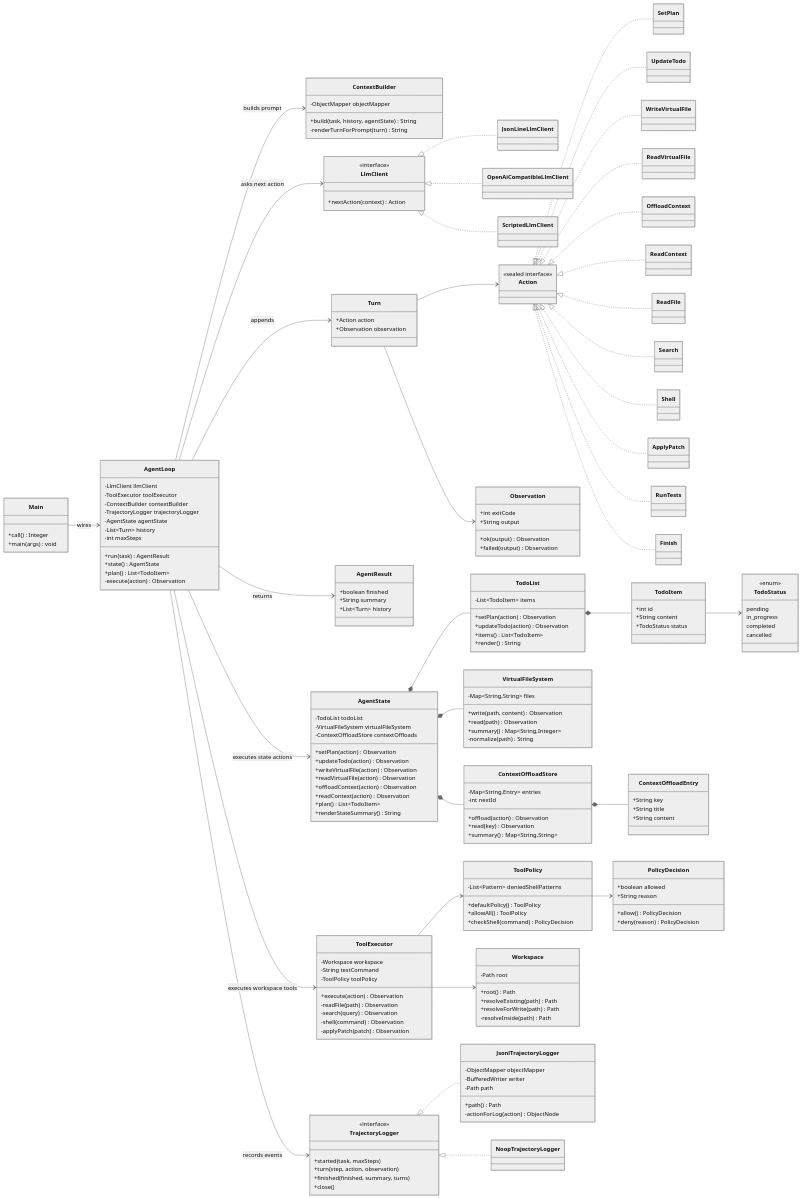
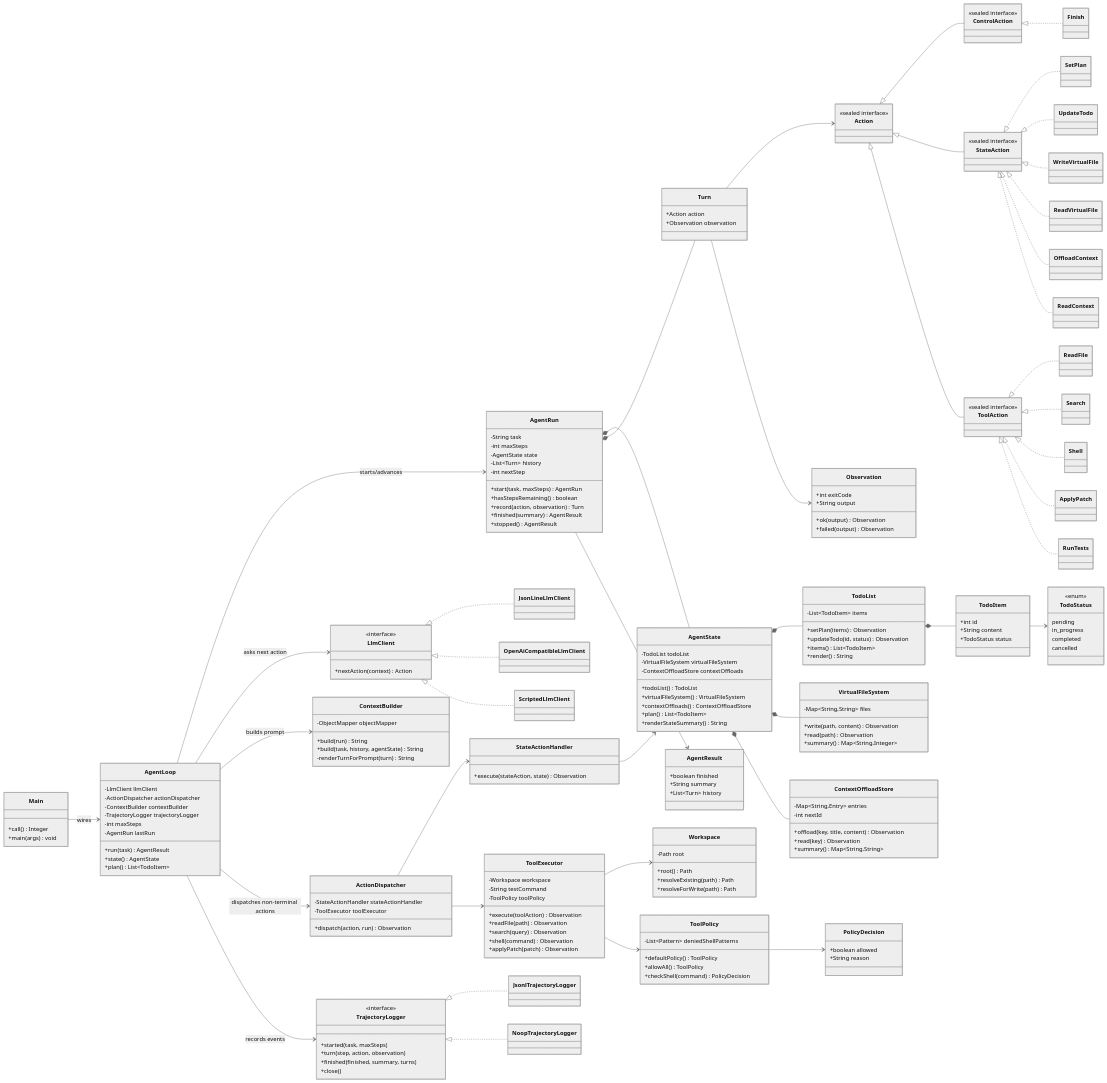
One commit to seasonsolt/sac-agent4j changed the diagram in docs/CLASS_DIAGRAM.md. Above: the diagram before and after it, drawn with Mermaid (neutral theme). The commit also changed other lines of this file and 12 other files, not shown here.

Commit message:
Refine OO agent loop architecture

```diff
--- a/docs/CLASS_DIAGRAM.md
+++ b/docs/CLASS_DIAGRAM.md
@@ -15,20 +15,42 @@
 
     class AgentLoop {
       -LlmClient llmClient
-      -ToolExecutor toolExecutor
+      -ActionDispatcher actionDispatcher
       -ContextBuilder contextBuilder
       -TrajectoryLogger trajectoryLogger
-      -AgentState agentState
-      -List~Turn~ history
       -int maxSteps
+      -AgentRun lastRun
       +run(task) AgentResult
       +state() AgentState
       +plan() List~TodoItem~
-      -execute(action) Observation
+    }
+
+    class AgentRun {
+      -String task
+      -int maxSteps
+      -AgentState state
+      -List~Turn~ history
+      -int nextStep
+      +start(task, maxSteps) AgentRun
+      +hasStepsRemaining() boolean
+      +record(action, observation) Turn
+      +finished(summary) AgentResult
+      +stopped() AgentResult
+    }
+
+    class ActionDispatcher {
+      -StateActionHandler stateActionHandler
+      -ToolExecutor toolExecutor
+      +dispatch(action, run) Observation
+    }
+
+    class StateActionHandler {
+      +execute(stateAction, state) Observation
     }
 
     class ContextBuilder {
       -ObjectMapper objectMapper
+      +build(run) String
       +build(task, history, agentState) String
       -renderTurnForPrompt(turn) String
     }
@@ -43,6 +65,18 @@
     class ScriptedLlmClient
 
     class Action {
+      <<sealed interface>>
+    }
+
+    class ControlAction {
+      <<sealed interface>>
+    }
+
+    class StateAction {
+      <<sealed interface>>
+    }
+
+    class ToolAction {
       <<sealed interface>>
     }
 
@@ -81,20 +115,17 @@
       -TodoList todoList
       -VirtualFileSystem virtualFileSystem
       -ContextOffloadStore contextOffloads
-      +setPlan(action) Observation
-      +updateTodo(action) Observation
-      +writeVirtualFile(action) Observation
-      +readVirtualFile(action) Observation
-      +offloadContext(action) Observation
-      +readContext(action) Observation
+      +todoList() TodoList
+      +virtualFileSystem() VirtualFileSystem
+      +contextOffloads() ContextOffloadStore
       +plan() List~TodoItem~
       +renderStateSummary() String
     }
 
     class TodoList {
       -List~TodoItem~ items
-      +setPlan(action) Observation
-      +updateTodo(action) Observation
+      +setPlan(items) Observation
+      +updateTodo(id, status) Observation
       +items() List~TodoItem~
       +render() String
     }
@@ -118,32 +149,25 @@
       +write(path, content) Observation
       +read(path) Observation
       +summary() Map~String,Integer~
-      -normalize(path) String
     }
 
     class ContextOffloadStore {
       -Map~String,Entry~ entries
       -int nextId
-      +offload(action) Observation
+      +offload(key, title, content) Observation
       +read(key) Observation
       +summary() Map~String,String~
-    }
-
-    class ContextOffloadEntry {
-      +String key
-      +String title
-      +String content
     }
 
     class ToolExecutor {
       -Workspace workspace
       -String testCommand
       -ToolPolicy toolPolicy
-      +execute(action) Observation
-      -readFile(path) Observation
-      -search(query) Observation
-      -shell(command) Observation
-      -applyPatch(patch) Observation
+      +execute(toolAction) Observation
+      +readFile(path) Observation
+      +search(query) Observation
+      +shell(command) Observation
+      +applyPatch(patch) Observation
     }
 
     class ToolPolicy {
@@ -156,8 +180,6 @@
     class PolicyDecision {
       +boolean allowed
       +String reason
-      +allow() PolicyDecision
-      +deny(reason) PolicyDecision
     }
 
     class Workspace {
@@ -165,7 +187,6 @@
       +root() Path
       +resolveExisting(path) Path
       +resolveForWrite(path) Path
-      -resolveInside(path) Path
     }
 
     class TrajectoryLogger {
@@ -176,41 +197,43 @@
       +close()
     }
 
-    class JsonlTrajectoryLogger {
-      -ObjectMapper objectMapper
-      -BufferedWriter writer
-      -Path path
-      +path() Path
-      -actionForLog(action) ObjectNode
-    }
-
+    class JsonlTrajectoryLogger
     class NoopTrajectoryLogger
 
     Main --> AgentLoop : wires
+    AgentLoop --> AgentRun : starts/advances
     AgentLoop --> LlmClient : asks next action
     AgentLoop --> ContextBuilder : builds prompt
-    AgentLoop --> ToolExecutor : executes workspace tools
-    AgentLoop --> AgentState : executes state actions
+    AgentLoop --> ActionDispatcher : dispatches non-terminal actions
     AgentLoop --> TrajectoryLogger : records events
-    AgentLoop --> Turn : appends
-    AgentLoop --> AgentResult : returns
+
+    AgentRun *-- AgentState
+    AgentRun *-- Turn
+    AgentRun --> AgentResult
+
+    ActionDispatcher --> StateActionHandler
+    ActionDispatcher --> ToolExecutor
+    StateActionHandler --> AgentState
 
     LlmClient <|.. JsonLineLlmClient
     LlmClient <|.. OpenAiCompatibleLlmClient
     LlmClient <|.. ScriptedLlmClient
 
-    Action <|.. SetPlan
-    Action <|.. UpdateTodo
-    Action <|.. WriteVirtualFile
-    Action <|.. ReadVirtualFile
-    Action <|.. OffloadContext
-    Action <|.. ReadContext
-    Action <|.. ReadFile
-    Action <|.. Search
-    Action <|.. Shell
-    Action <|.. ApplyPatch
-    Action <|.. RunTests
-    Action <|.. Finish
+    Action <|-- ControlAction
+    Action <|-- StateAction
+    Action <|-- ToolAction
+    ControlAction <|.. Finish
+    StateAction <|.. SetPlan
+    StateAction <|.. UpdateTodo
+    StateAction <|.. WriteVirtualFile
+    StateAction <|.. ReadVirtualFile
+    StateAction <|.. OffloadContext
+    StateAction <|.. ReadContext
+    ToolAction <|.. ReadFile
+    ToolAction <|.. Search
+    ToolAction <|.. Shell
+    ToolAction <|.. ApplyPatch
+    ToolAction <|.. RunTests
 
     Turn --> Action
     Turn --> Observation
@@ -220,7 +243,6 @@
     AgentState *-- ContextOffloadStore
     TodoList *-- TodoItem
     TodoItem --> TodoStatus
-    ContextOffloadStore *-- ContextOffloadEntry
 
     ToolExecutor --> Workspace
     ToolExecutor --> ToolPolicy
```
